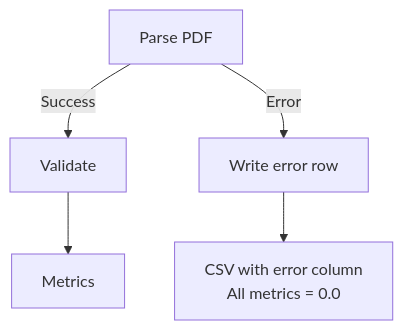
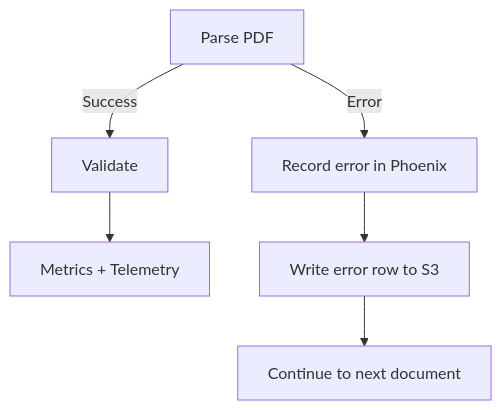
One commit to anguyenbus/eval-harness changed the fourth of 6 diagrams in docs/design/002-data-flow-detailed.md. Above: the diagram before and after it, drawn with Mermaid. The commit also changed other lines of this file and 4 other files, not shown here.

````diff
--- a/docs/design/002-data-flow-detailed.md
+++ b/docs/design/002-data-flow-detailed.md
@@ -219,7 +217,8 @@
 ```mermaid
 flowchart TD
     A[Parse PDF] -->|Success| B[Validate]
-    B --> C[Metrics]
-    A -->|Error| D[Write error row]
-    D --> E[CSV with error column<br/>All metrics = 0.0]
+    B --> C[Metrics + Telemetry]
+    A -->|Error| D[Record error in Phoenix]
+    D --> E[Write error row to S3]
+    E --> F[Continue to next document]
 ```
````
